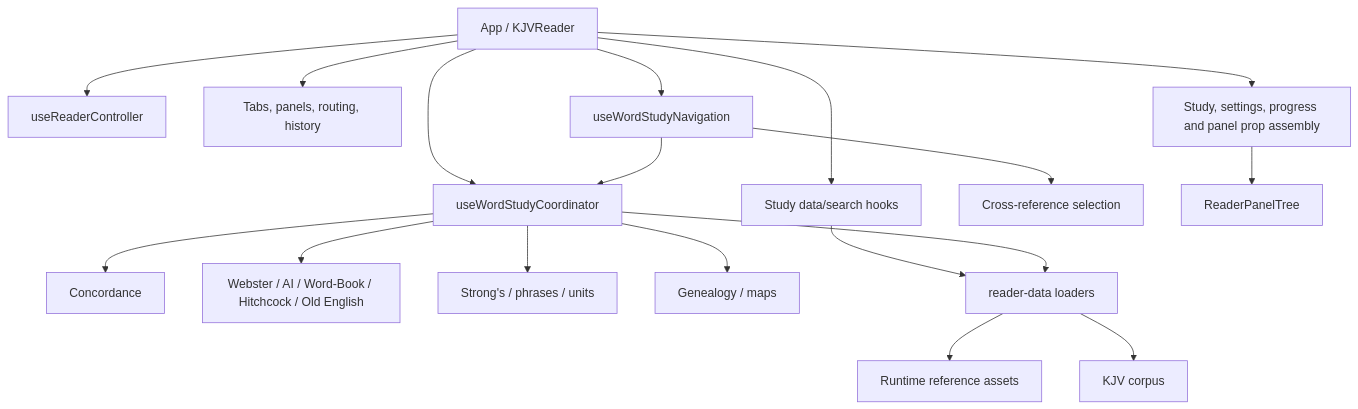
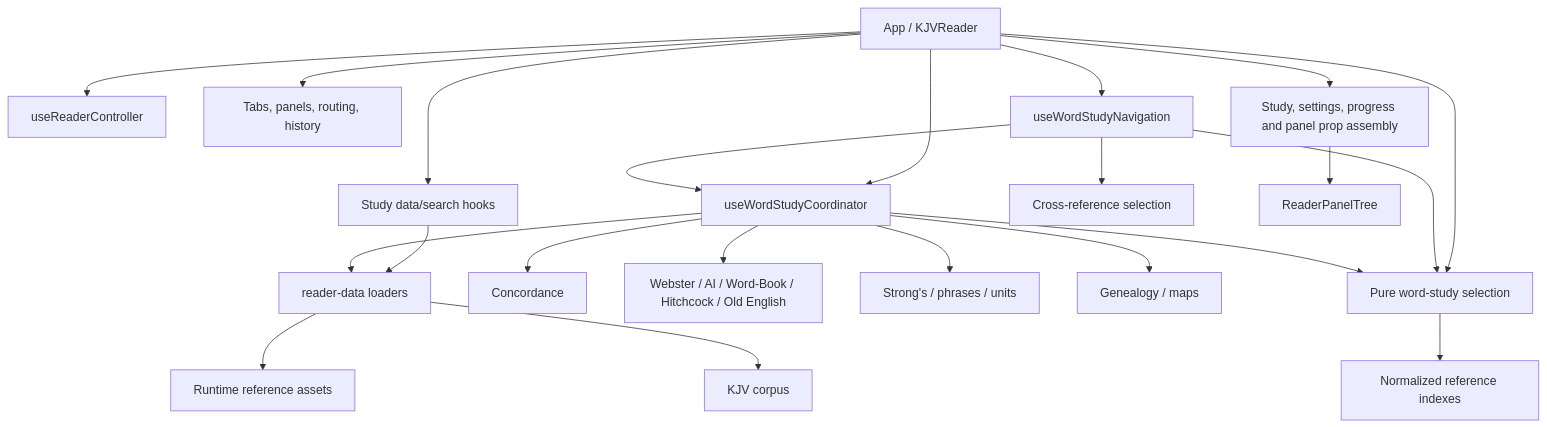
Before and after one commit to gcoxdev/KJV-Only: the diagram in reports/kjv-reader-refactor-plan-2026-08-24.md, drawn with Mermaid. The commit also changed other lines of this file and 10 other files, not shown here.

````diff
--- a/reports/kjv-reader-refactor-plan-2026-08-24.md
+++ b/reports/kjv-reader-refactor-plan-2026-08-24.md
@@ -30,24 +30,28 @@
 ```mermaid
 flowchart TD
     App[App / KJVReader] --> Controller[useReaderController]
     App --> Workspace[Tabs, panels, routing, history]
     App --> StudyHooks[Study data/search hooks]
     App --> Navigation[useWordStudyNavigation]
     App --> Coordinator[useWordStudyCoordinator]
+    App --> Selection[Pure word-study selection]
 
     Navigation --> CrossRefs[Cross-reference selection]
     Navigation --> Coordinator
+    Navigation --> Selection
+    Coordinator --> Selection
 
     Coordinator --> Concordance[Concordance]
     Coordinator --> Dictionaries[Webster / AI / Word-Book / Hitchcock / Old English]
     Coordinator --> Lexical[Strong's / phrases / units]
     Coordinator --> Contextual[Genealogy / maps]
 
     StudyHooks --> Data[reader-data loaders]
     Coordinator --> Data
+    Selection --> References[Normalized reference indexes]
     Data --> Assets[Runtime reference assets]
     Data --> Corpus[KJV corpus]
 
     App --> ViewModels[Study, settings, progress and panel prop assembly]
     ViewModels --> PanelTree[ReaderPanelTree]
 ```
````
